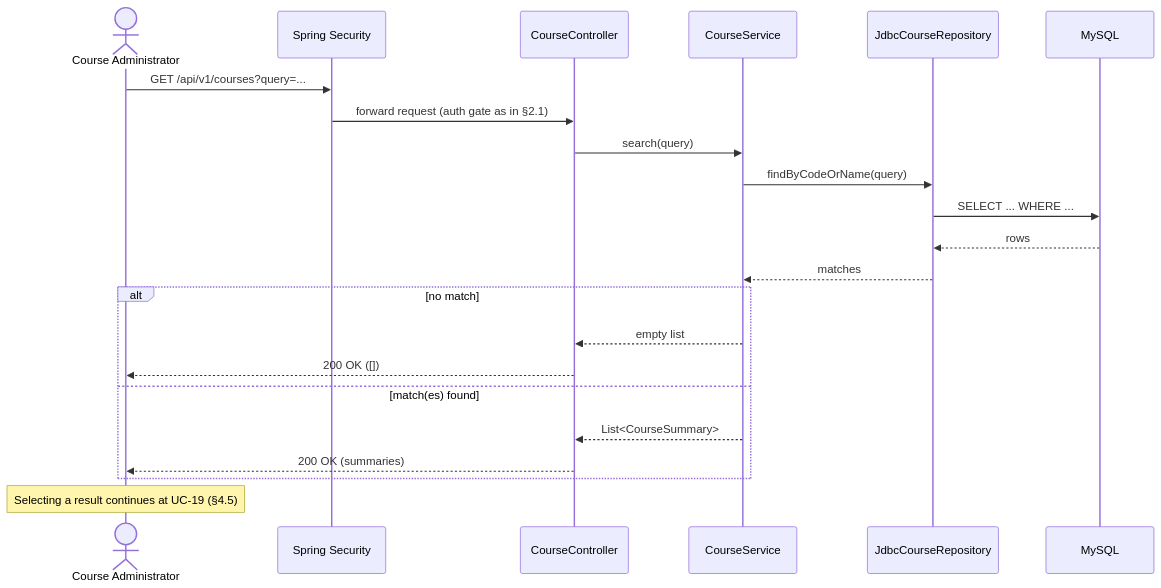
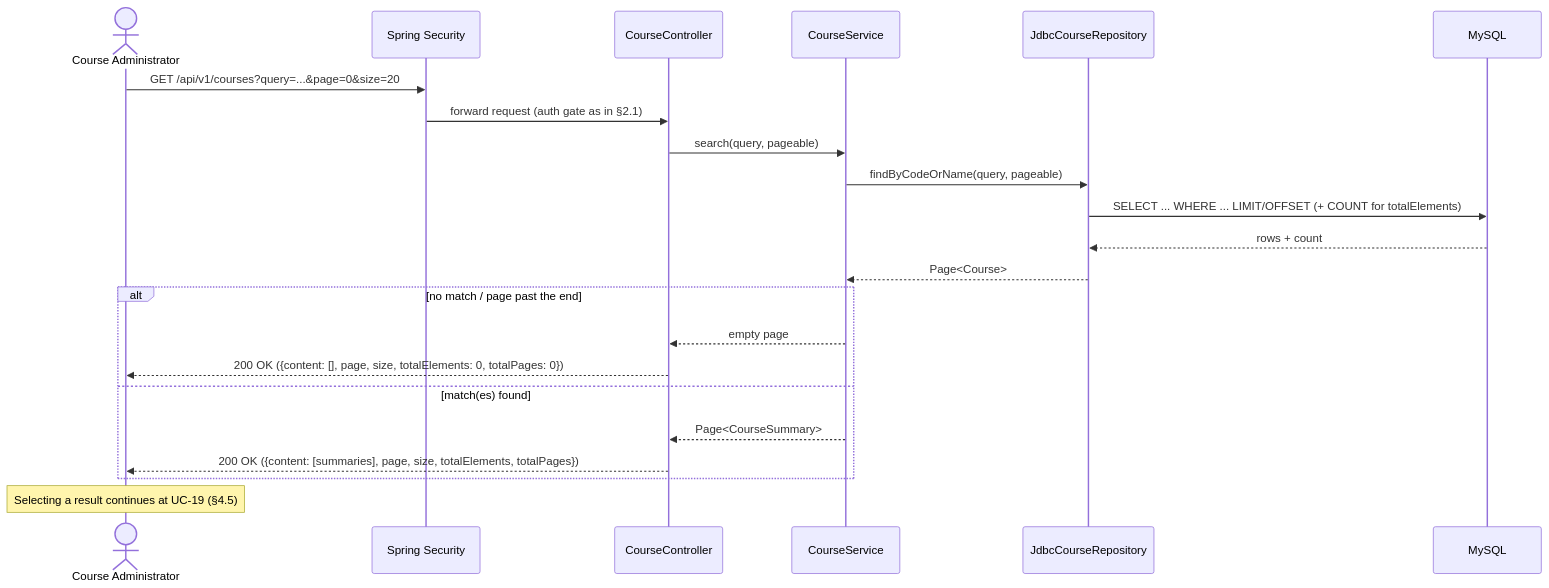
Diagram 15 of 22 in docs/SA-docs/03-sequence-diagrams.md (phuchoang2005/Student-Management-System), drawn with Mermaid before and after one commit. The commit also changed other lines of this file and 20 other files, not shown here.

````diff
--- a/docs/SA-docs/03-sequence-diagrams.md
+++ b/docs/SA-docs/03-sequence-diagrams.md
@@ -574,25 +574,25 @@
 ```mermaid
 sequenceDiagram
     actor CourseAdmin as Course Administrator
     participant Sec as Spring Security
     participant Ctrl as CourseController
     participant Svc as CourseService
     participant Repo as JdbcCourseRepository
     participant DB as MySQL
 
-    CourseAdmin->>Sec: GET /api/v1/courses?query=...
+    CourseAdmin->>Sec: GET /api/v1/courses?query=...&page=0&size=20
     Sec->>Ctrl: forward request (auth gate as in §2.1)
-    Ctrl->>Svc: search(query)
-    Svc->>Repo: findByCodeOrName(query)
-    Repo->>DB: SELECT ... WHERE ...
-    DB-->>Repo: rows
-    Repo-->>Svc: matches
-    alt no match
-        Svc-->>Ctrl: empty list
-        Ctrl-->>CourseAdmin: 200 OK ([])
+    Ctrl->>Svc: search(query, pageable)
+    Svc->>Repo: findByCodeOrName(query, pageable)
+    Repo->>DB: SELECT ... WHERE ... LIMIT/OFFSET (+ COUNT for totalElements)
+    DB-->>Repo: rows + count
+    Repo-->>Svc: Page<Course>
+    alt no match / page past the end
+        Svc-->>Ctrl: empty page
+        Ctrl-->>CourseAdmin: 200 OK ({content: [], page, size, totalElements: 0, totalPages: 0})
     else match(es) found
-        Svc-->>Ctrl: List<CourseSummary>
-        Ctrl-->>CourseAdmin: 200 OK (summaries)
+        Svc-->>Ctrl: Page<CourseSummary>
+        Ctrl-->>CourseAdmin: 200 OK ({content: [summaries], page, size, totalElements, totalPages})
     end
     Note over CourseAdmin: Selecting a result continues at UC-19 (§4.5)
 ```
````
